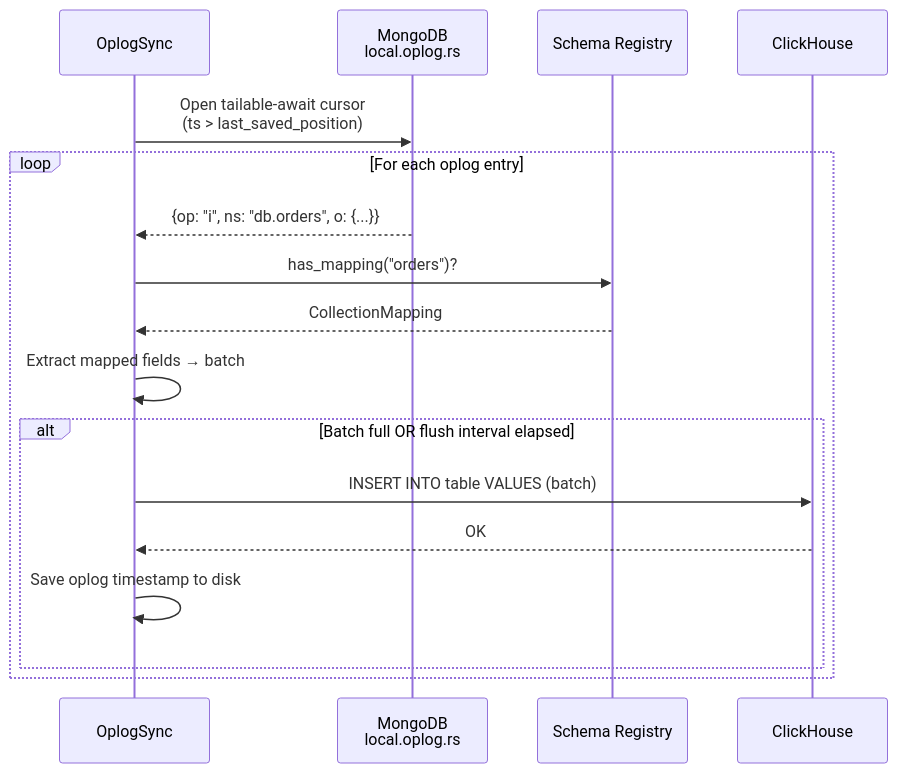
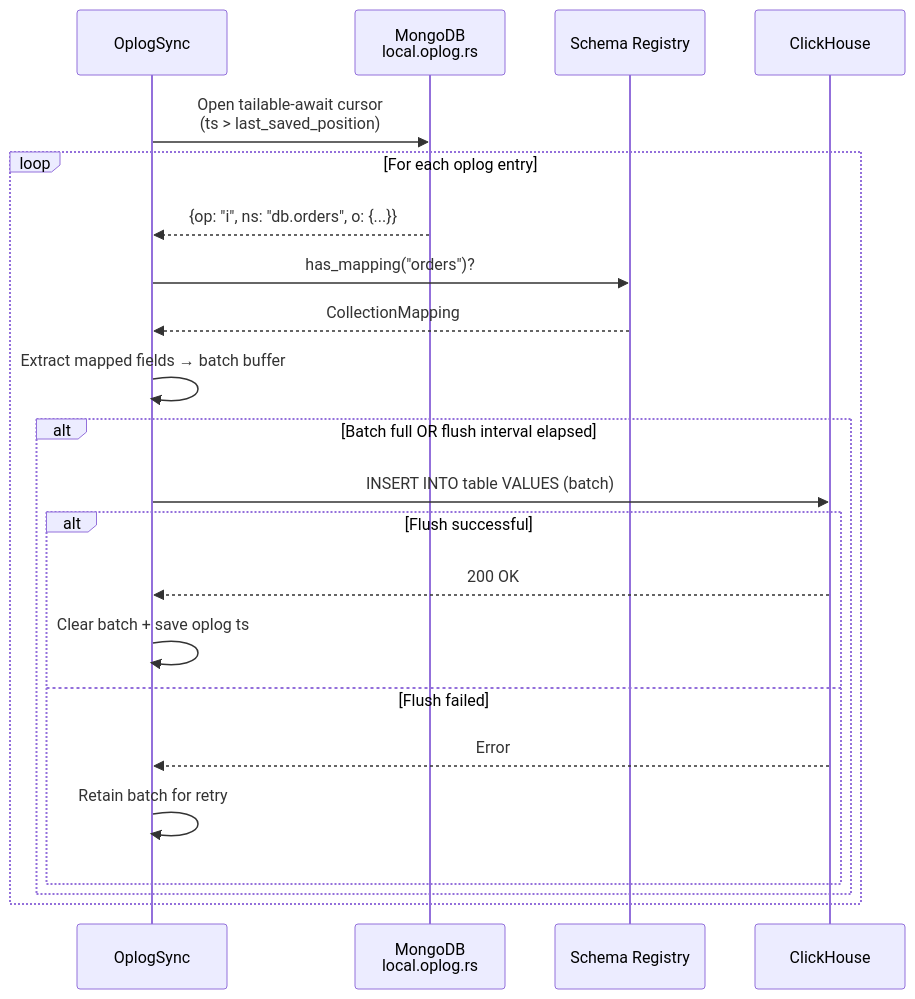
The second of 14 diagrams in docs/design.md (mrityunjaysharma/mongo-flux), drawn with Mermaid before and after one commit. The commit also changed other lines of this file and 1 other file, not shown here.

````diff
--- a/docs/design.md
+++ b/docs/design.md
@@ -59,20 +70,25 @@
 ```mermaid
 sequenceDiagram
     participant OS as OplogSync
     participant MG as MongoDB<br/>local.oplog.rs
     participant REG as Schema Registry
     participant CH as ClickHouse
 
     OS->>MG: Open tailable-await cursor<br/>(ts > last_saved_position)
     loop For each oplog entry
         MG-->>OS: {op: "i", ns: "db.orders", o: {...}}
         OS->>REG: has_mapping("orders")?
         REG-->>OS: CollectionMapping
-        OS->>OS: Extract mapped fields → batch
+        OS->>OS: Extract mapped fields → batch buffer
         alt Batch full OR flush interval elapsed
             OS->>CH: INSERT INTO table VALUES (batch)
-            CH-->>OS: OK
-            OS->>OS: Save oplog timestamp to disk
+            alt Flush successful
+                CH-->>OS: 200 OK
+                OS->>OS: Clear batch + save oplog ts
+            else Flush failed
+                CH-->>OS: Error
+                OS->>OS: Retain batch for retry
+            end
         end
     end
 ```
````
